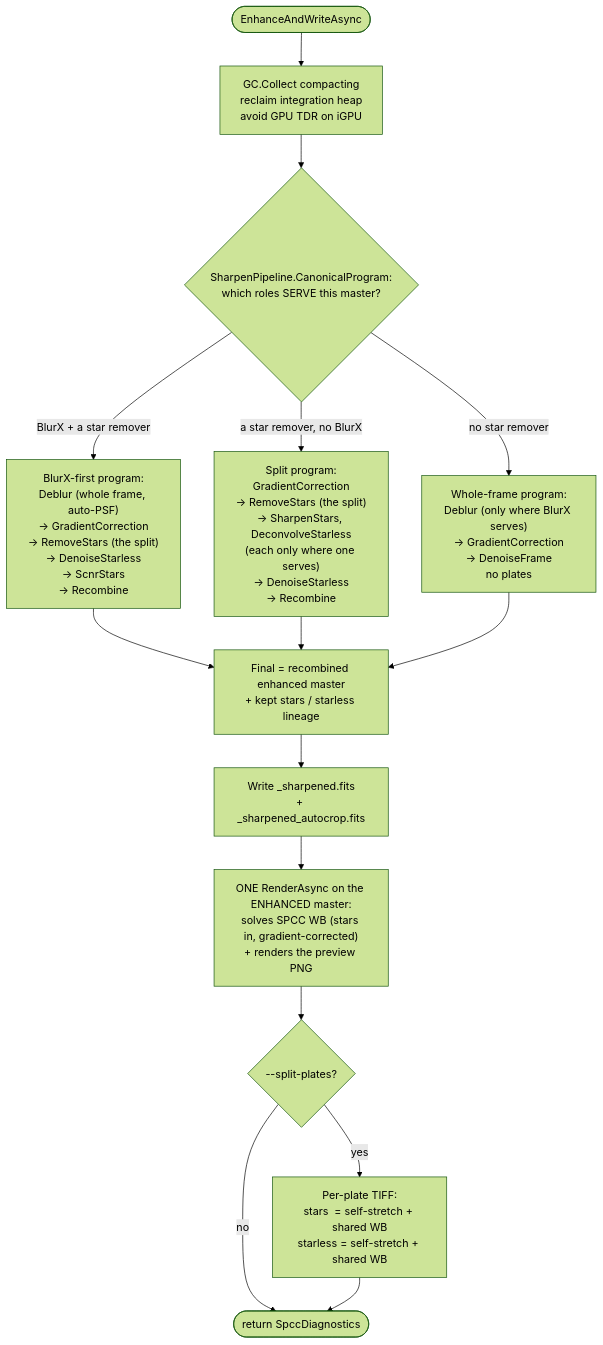
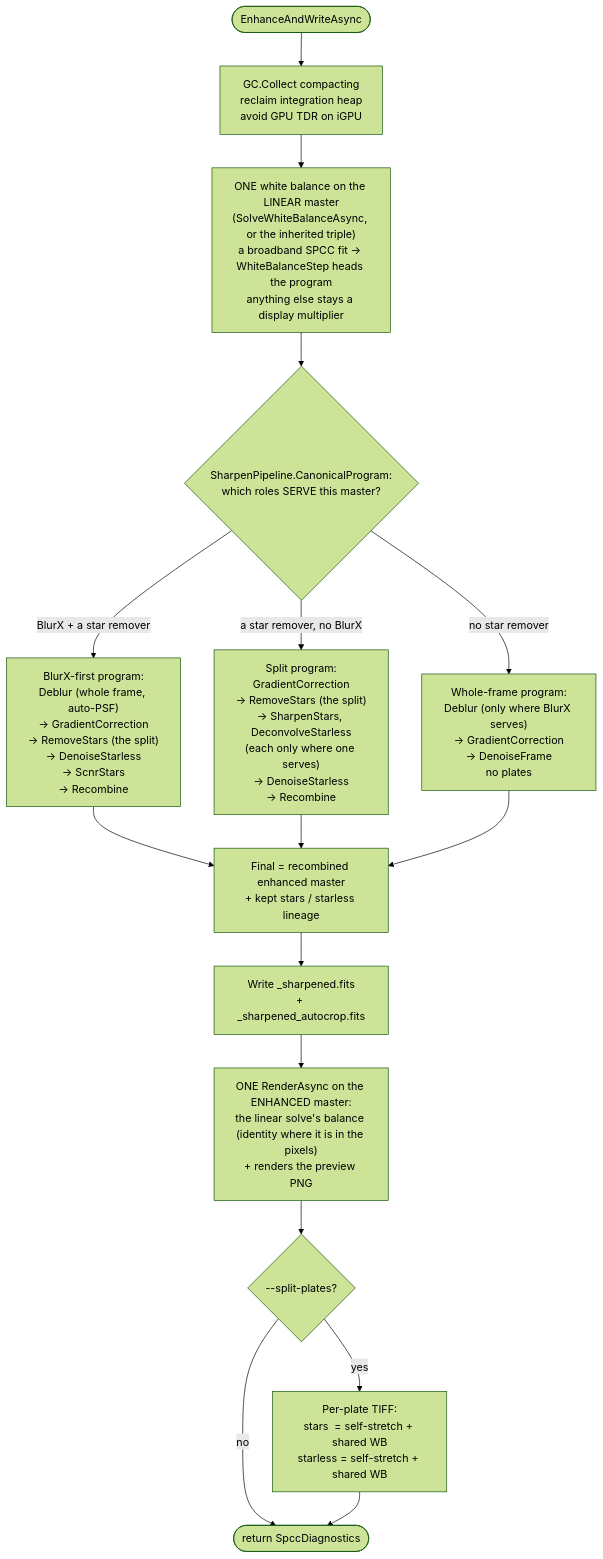
Before and after one commit to SharpAstro/tianwen: the third of 6 diagrams in docs/architecture/stacking-render-pipeline.md, drawn with Mermaid (forest theme). The commit also changed other lines of this file and 19 other files, not shown here.

````diff
--- a/docs/architecture/stacking-render-pipeline.md
+++ b/docs/architecture/stacking-render-pipeline.md
@@ -280,19 +282,20 @@
 ```mermaid
 flowchart TD
     In([EnhanceAndWriteAsync]) --> GC[GC.Collect compacting<br/>reclaim integration heap<br/>avoid GPU TDR on iGPU]
-    GC --> Steps{"SharpenPipeline.CanonicalProgram:<br/>which roles SERVE this master?"}
+    GC --> Wb["ONE white balance on the LINEAR master<br/>(SolveWhiteBalanceAsync, or the inherited triple)<br/>a broadband SPCC fit -> WhiteBalanceStep heads the program<br/>anything else stays a display multiplier"]
+    Wb --> Steps{"SharpenPipeline.CanonicalProgram:<br/>which roles SERVE this master?"}
 
     Steps -->|BlurX + a star remover| Blur["BlurX-first program:<br/>Deblur (whole frame, auto-PSF)<br/>-> GradientCorrection<br/>-> RemoveStars (the split)<br/>-> DenoiseStarless<br/>-> ScnrStars<br/>-> Recombine"]
     Steps -->|a star remover, no BlurX| Split["Split program:<br/>GradientCorrection<br/>-> RemoveStars (the split)<br/>-> SharpenStars, DeconvolveStarless<br/>(each only where one serves)<br/>-> DenoiseStarless<br/>-> Recombine"]
     Steps -->|no star remover| Whole["Whole-frame program:<br/>Deblur (only where BlurX serves)<br/>-> GradientCorrection<br/>-> DenoiseFrame<br/>no plates"]
 
     Blur --> Final[Final = recombined enhanced master<br/>+ kept stars / starless lineage]
     Split --> Final
     Whole --> Final
     Final --> WriteSharp[Write _sharpened.fits<br/>+ _sharpened_autocrop.fits]
-    WriteSharp --> OneSolve["ONE RenderAsync on the ENHANCED master:<br/>solves SPCC WB (stars in, gradient-corrected)<br/>+ renders the preview PNG"]
+    WriteSharp --> OneSolve["ONE RenderAsync on the ENHANCED master:<br/>the linear solve's balance (identity where it is in the pixels)<br/>+ renders the preview PNG"]
     OneSolve --> Plates{--split-plates?}
     Plates -->|yes| Tiff["Per-plate TIFF:<br/>stars  = self-stretch + shared WB<br/>starless = self-stretch + shared WB"]
     Plates -->|no| Ret([return SpccDiagnostics])
     Tiff --> Ret
 ```
````
